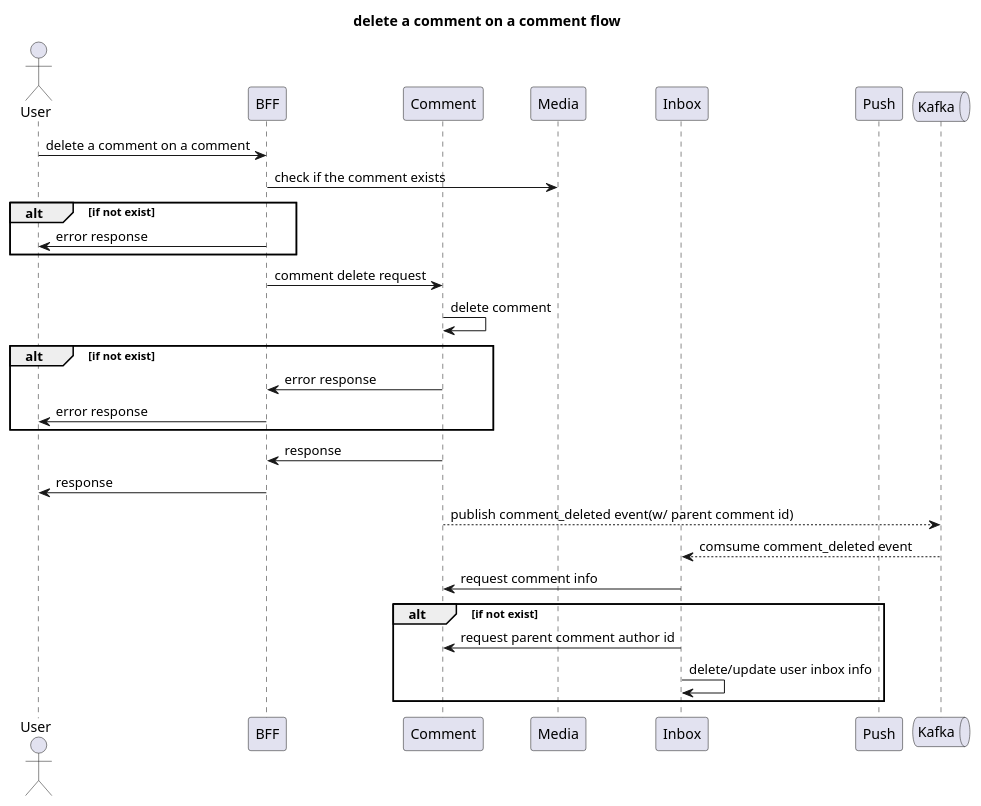
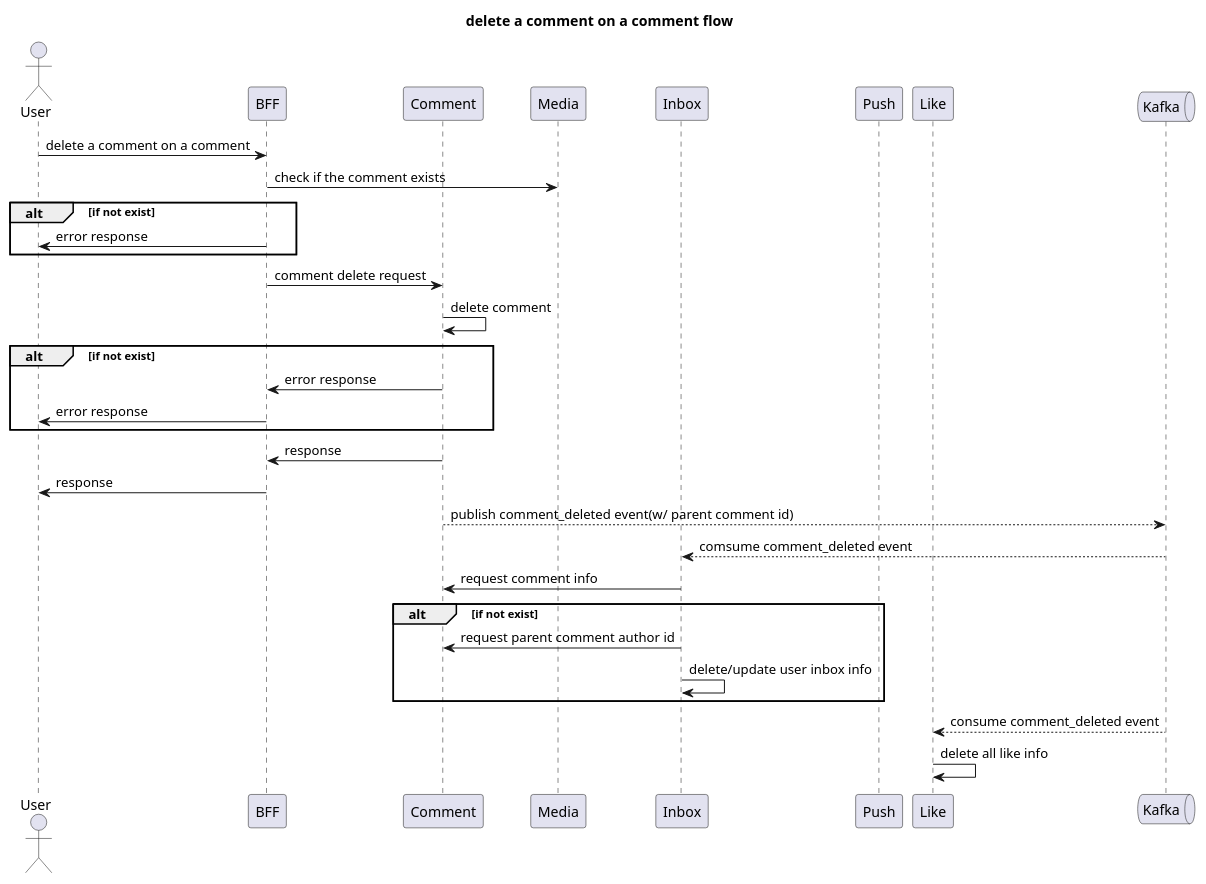
One commit to sgc109/msa-spring-instagram changed the diagram in uml/sequence/comment/delete-comment-on-comment-flow.puml. Above: the diagram before and after it, drawn with PlantUML. The commit also changed 2 other files, not shown here.

```diff
--- a/uml/sequence/comment/delete-comment-on-comment-flow.puml
+++ b/uml/sequence/comment/delete-comment-on-comment-flow.puml
@@ -1,32 +1,35 @@
 @startuml
 title "delete a comment on a comment flow"
 
 actor User as user
 participant BFF as bff
 participant Comment as comment
 participant Media as media
 participant Inbox as inbox
 participant Push as push
+participant Like as like
 queue Kafka as kafka
 
 user -> bff: delete a comment on a comment
 bff -> media: check if the comment exists
 alt if not exist
 user <- bff: error response
 end
 bff -> comment: comment delete request
 comment -> comment: delete comment
 alt if not exist
 bff <- comment: error response
 user <- bff: error response
 end
 bff <- comment: response
 user <- bff: response
 comment --> kafka: publish comment_deleted event(w/ parent comment id)
 kafka --> inbox: comsume comment_deleted event
 inbox -> comment: request comment info
 alt if not exist
 inbox -> comment: request parent comment author id
 inbox -> inbox: delete/update user inbox info
 end
+like <-- kafka: consume comment_deleted event
+like -> like: delete all like info
 @enduml
```
